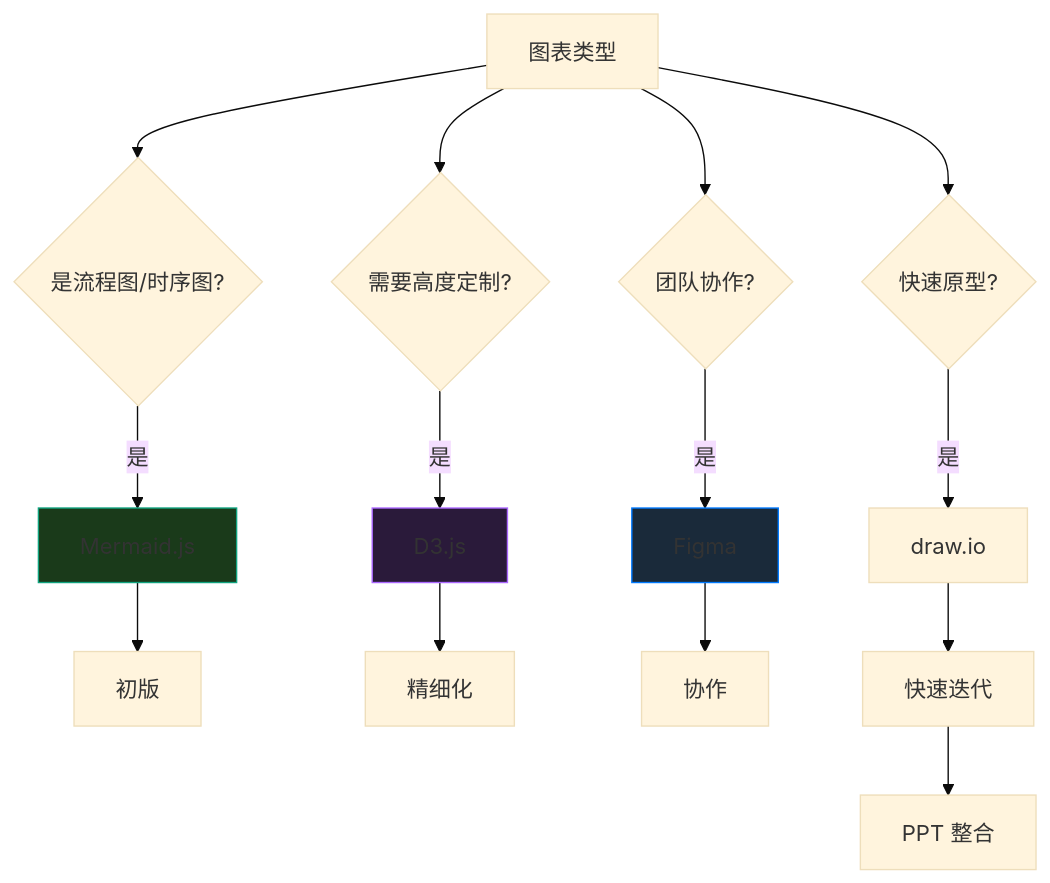
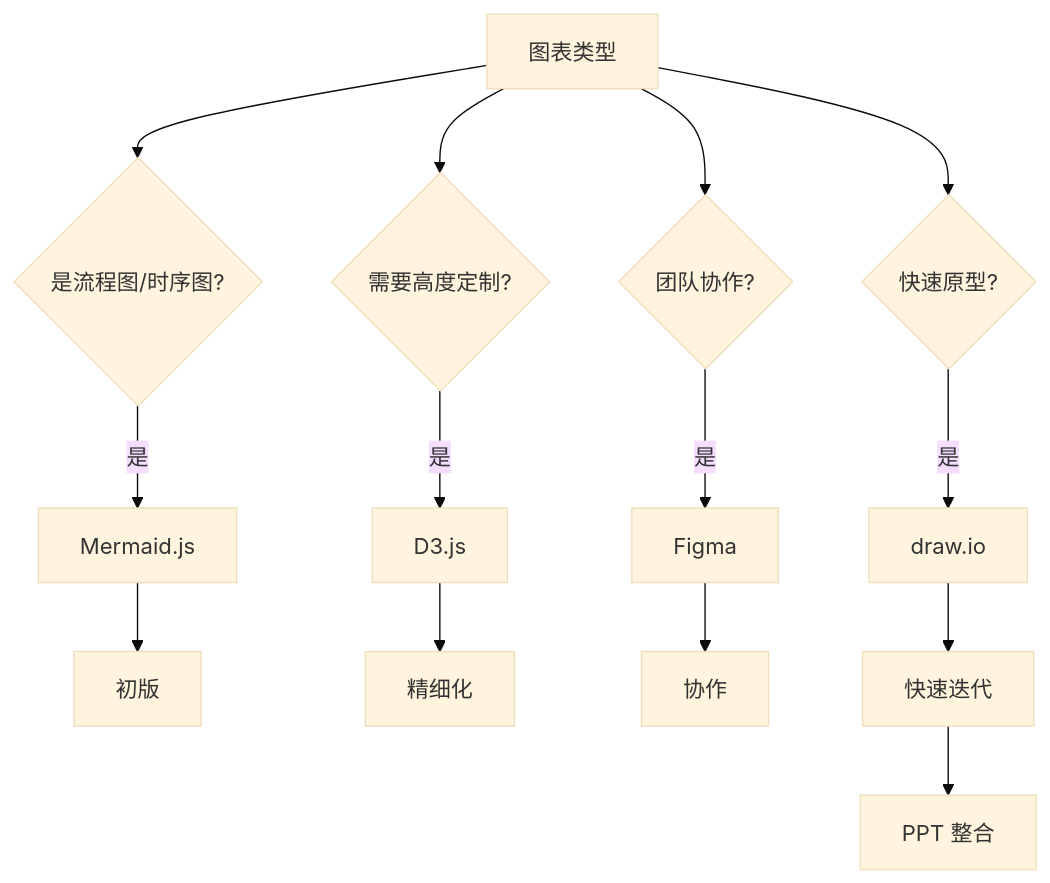
The second of 3 diagrams in src/content/docs/figures/tools.mdx (yiweinanzi/ai-research-ebook), drawn with Mermaid (base theme) before and after one commit. The commit also changed other lines of this file and 8 other files, not shown here.

First line of the commit message:
feat: enhance homepage and diagram scripts

````diff
--- a/src/content/docs/figures/tools.mdx
+++ b/src/content/docs/figures/tools.mdx
@@ -73,22 +71,19 @@
 ```mermaid
 flowchart TD
     A[图表类型] --> B{是流程图/时序图?}
     A --> C{需要高度定制?}
     A --> D{团队协作?}
     A --> E{快速原型?}
 
     B -->|是| F[Mermaid.js]
     C -->|是| G[D3.js]
     D -->|是| H[Figma]
     E -->|是| I[draw.io]
     F --> J[初版]
     G --> K[精细化]
     H --> L[协作]
     I --> M[快速迭代]
 
     M --> N[PPT 整合]
 
-    style F fill:#1a3a1a,stroke:#10a37f
-    style G fill:#2a1a3a,stroke:#ab68ff
-    style H fill:#1a2a3a,stroke:#007aff
 ```
````
